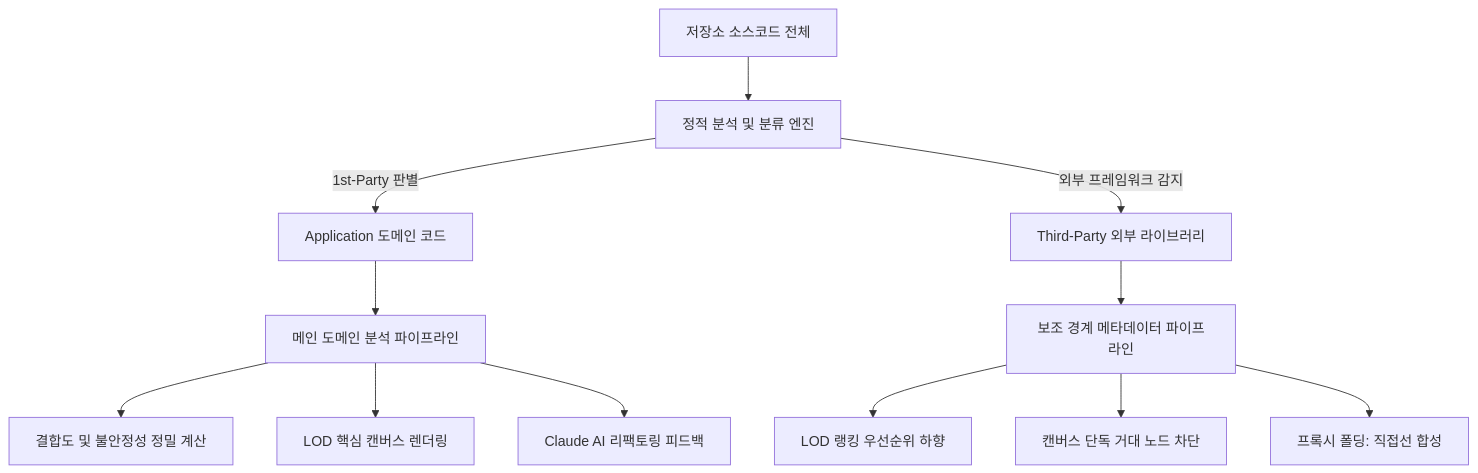
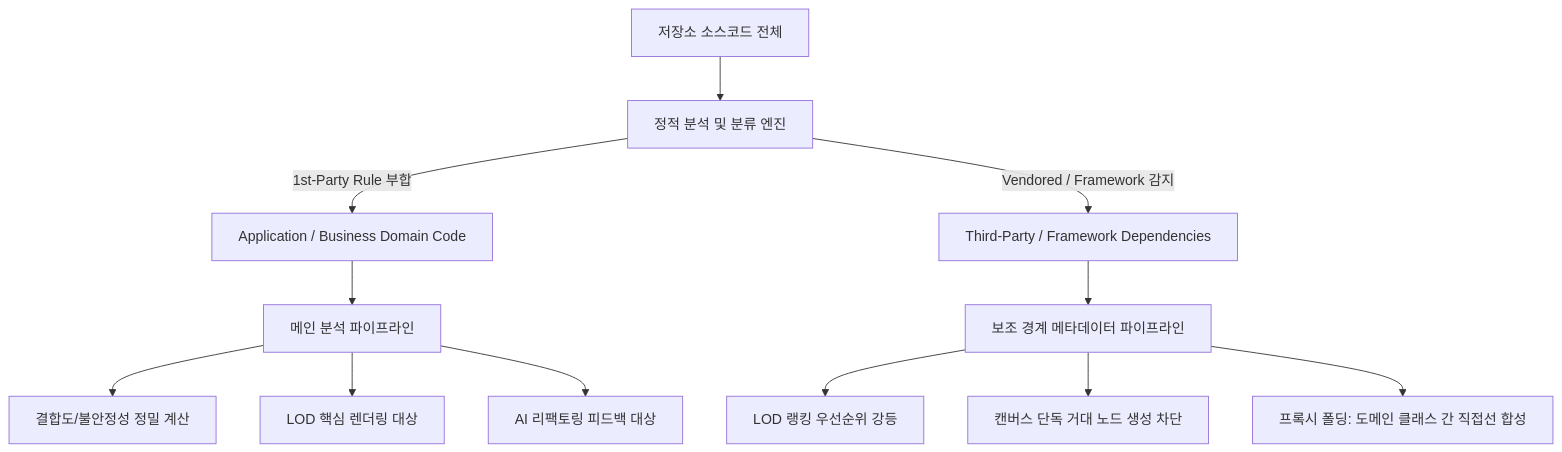
Before and after one commit to Jiin5906/CodeDiagram: the diagram in docs/filtering-lod.md, drawn with Mermaid. The commit also changed 3 other files, not shown here.

Commit message:
fix(docs): Mermaid flowchart wrappingWidth 설정으로 한글 자동 줄바꿈 슬라이싱 해결

````diff
--- a/docs/filtering-lod.md
+++ b/docs/filtering-lod.md
@@ -26,17 +26,18 @@
 ```mermaid
+%%{init: {'flowchart': {'wrappingWidth': 600}}}%%
 flowchart TD
     A["저장소 소스코드 전체"] --> B["정적 분석 및 분류 엔진"]
     
-    B -->|"1st-Party 판별"| C["Application 도메인 코드"]
-    B -->|"외부 프레임워크 감지"| D["Third-Party 외부 라이브러리"]
+    B -->|"1st-Party Rule 부합"| C["Application / Business Domain Code"]
+    B -->|"Vendored / Framework 감지"| D["Third-Party / Framework Dependencies"]
     
-    C --> E["메인 도메인 분석 파이프라인"]
-    E --> E1["결합도 및 불안정성 정밀 계산"]
-    E --> E2["LOD 핵심 캔버스 렌더링"]
-    E --> E3["Claude AI 리팩토링 피드백"]
+    C --> E["메인 분석 파이프라인"]
+    E --> E1["결합도/불안정성 정밀 계산"]
+    E --> E2["LOD 핵심 렌더링 대상"]
+    E --> E3["AI 리팩토링 피드백 대상"]
     
     D --> F["보조 경계 메타데이터 파이프라인"]
-    F --> F1["LOD 랭킹 우선순위 하향"]
-    F --> F2["캔버스 단독 거대 노드 차단"]
-    F --> F3["프록시 폴딩: 직접선 합성"]
+    F --> F1["LOD 랭킹 우선순위 강등"]
+    F --> F2["캔버스 단독 거대 노드 생성 차단"]
+    F --> F3["프록시 폴딩: 도메인 클래스 간 직접선 합성"]
 ```
````
